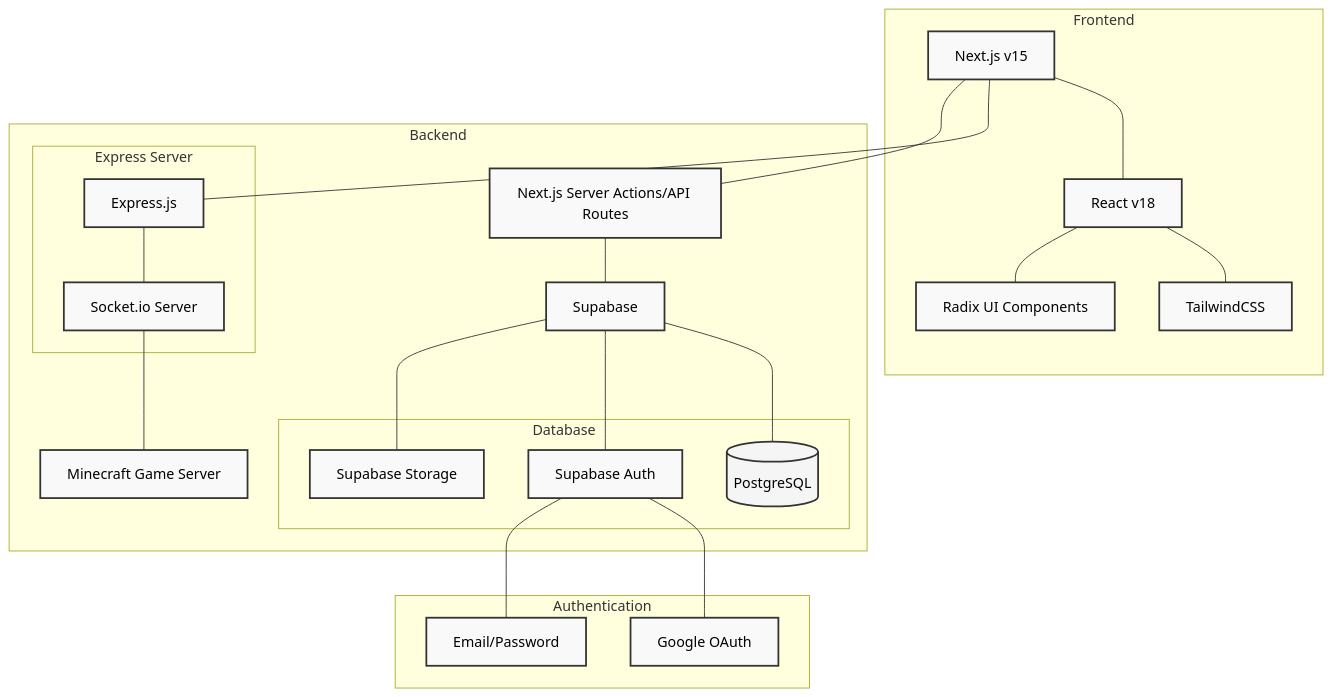
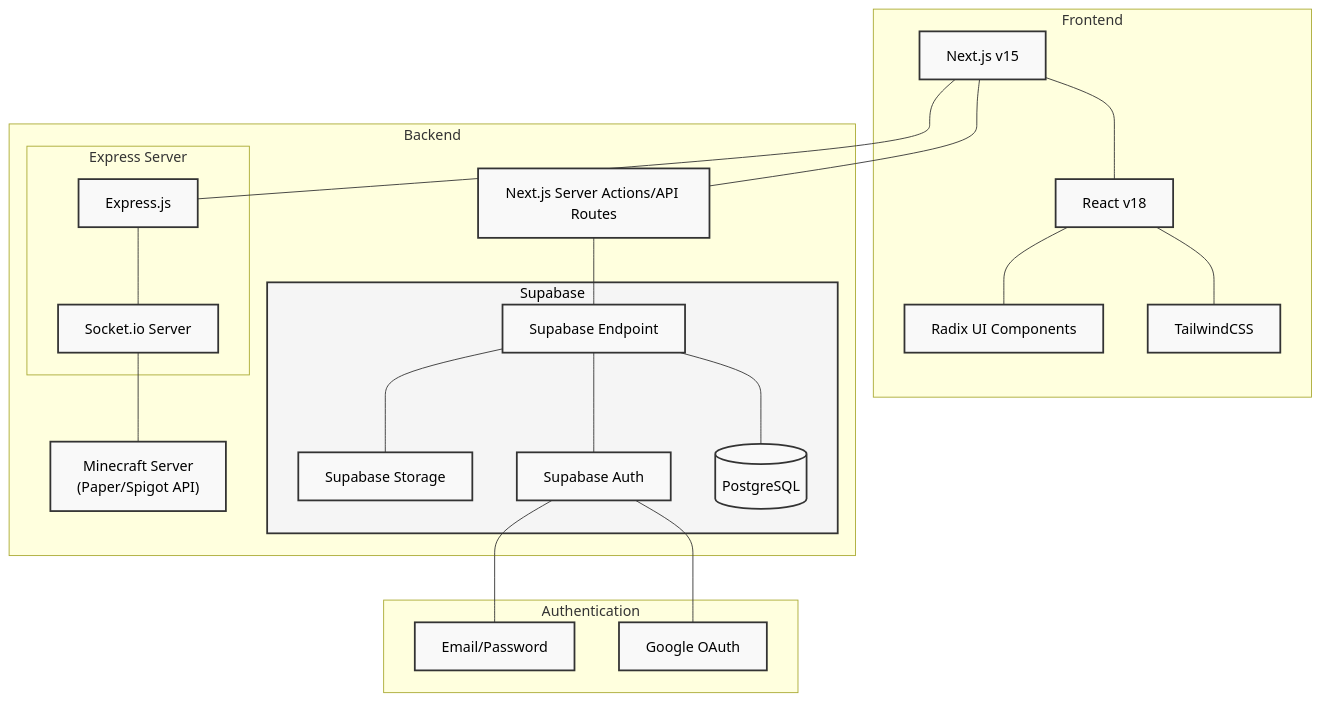
One commit to project-blockwarriors/blockwarriors-cmd changed the diagram in README.md. Above: the diagram before and after it, drawn with Mermaid.

Commit message:
feat: more detailed mermaid diagram

````diff
--- a/README.md
+++ b/README.md
@@ -39,57 +39,54 @@
 ```mermaid
 graph TD
     %% Frontend Layer
     subgraph Frontend
         Next[Next.js v15]
         React[React v18]
         TW[TailwindCSS]
         RadixUI[Radix UI Components]
     end
 
     %% Backend Layer
     subgraph Backend
         NextAPI[Next.js Server Actions/API Routes]
-        Supabase[Supabase]
 
-        MC[Minecraft Game Server]
-
-        subgraph Database
+        subgraph "Supabase"
+            SupabaseEndpoint[Supabase Endpoint]
             PostgreSQL[(PostgreSQL)]
             Auth[Supabase Auth]
             Storage[Supabase Storage]
         end
 
         subgraph ExpressServer[Express Server]
             Express[Express.js]
             Socket[Socket.io Server]
         end
+
+        MC["Minecraft Server<br/>(Paper/Spigot API)"]
     end
 
     %% Auth Providers
     subgraph Authentication
         Google[Google OAuth]
         Email[Email/Password]
     end
 
     %% Frontend Connections
     Next --- React
     React --- TW & RadixUI
-    Next --- Express[Express.js]
+    Next --- NextAPI & Express
 
     %% Backend Connections
-    Next --- NextAPI
-    NextAPI --- Supabase
+    NextAPI --- SupabaseEndpoint
+    SupabaseEndpoint --- PostgreSQL & Auth & Storage
     Express --- Socket
     Socket --- MC
-
-    %% Database Connections
-    Supabase --- PostgreSQL & Auth & Storage
 
     %% Auth Connections
     Auth --- Google & Email
 
     %% Styling
     classDef default fill:#f9f9f9,stroke:#333,stroke-width:2px,color:black;
-    classDef db fill:#f5f5f5,stroke:#333,stroke-width:2px,color:black;
-    class PostgreSQL db;
+    classDef supabase fill:#f5f5f5,stroke:#333,stroke-width:2px,color:black;
+    class Supabase supabase;
 ```
````
